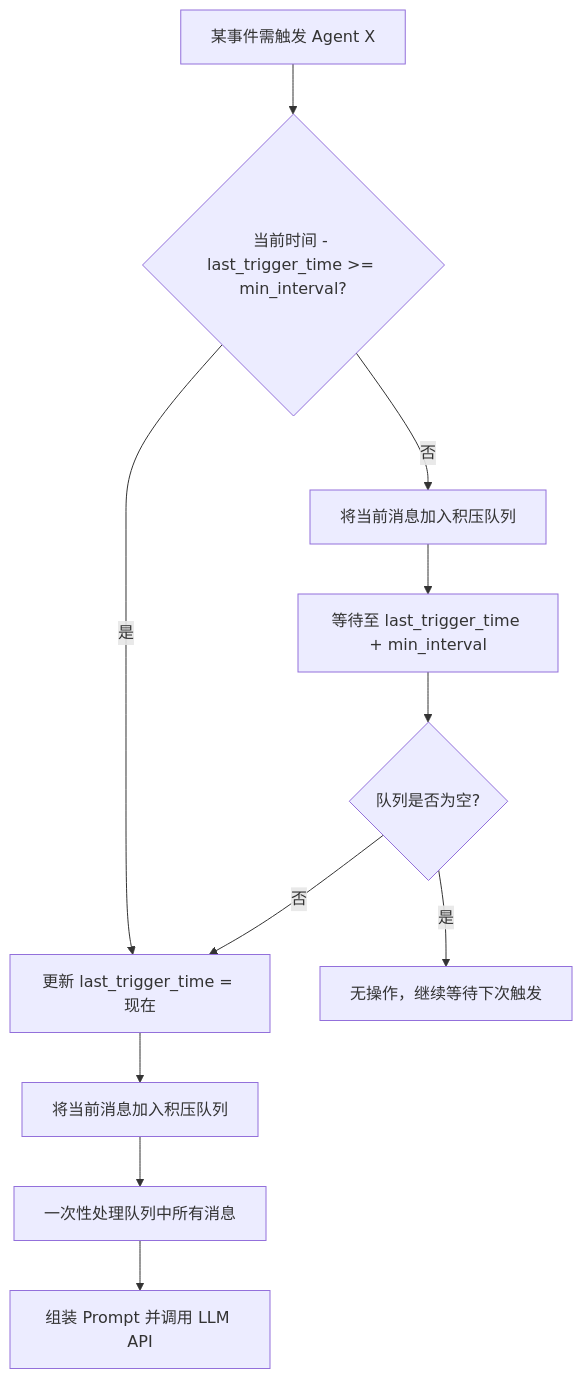
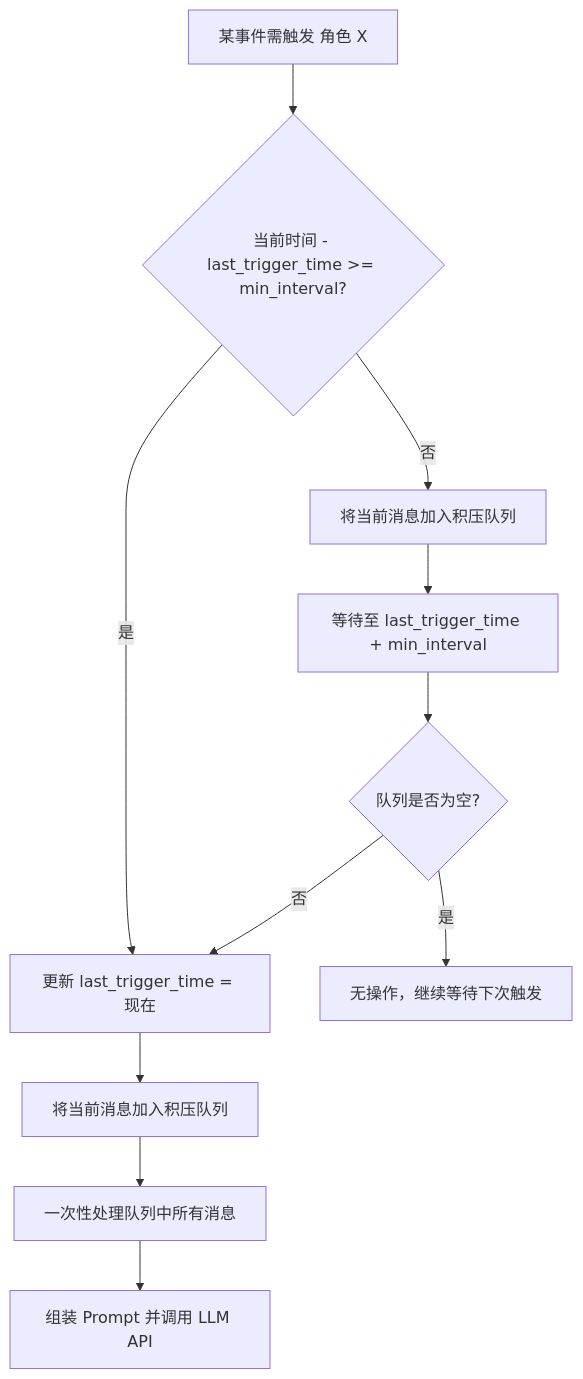
Before and after one commit to SupaNeko/AgentStage: the third of 4 diagrams in docs/PRD.md, drawn with Mermaid. The commit also changed other lines of this file and 10 other files, not shown here.

````diff
--- a/docs/PRD.md
+++ b/docs/PRD.md
@@ -122,13 +122,13 @@
 ```mermaid
 flowchart TD
-    A[某事件需触发 Agent X] --> B{当前时间 - last_trigger_time >= min_interval?}
+    A[某事件需触发 角色 X] --> B{当前时间 - last_trigger_time >= min_interval?}
     B -->|是| C[更新 last_trigger_time = 现在]
     C --> D[将当前消息加入积压队列]
     D --> E[一次性处理队列中所有消息]
     E --> F[组装 Prompt 并调用 LLM API]
     B -->|否| G[将当前消息加入积压队列]
     G --> H[等待至 last_trigger_time + min_interval]
     H --> I{队列是否为空?}
     I -->|否| C
     I -->|是| J[无操作，继续等待下次触发]
 ```
````
